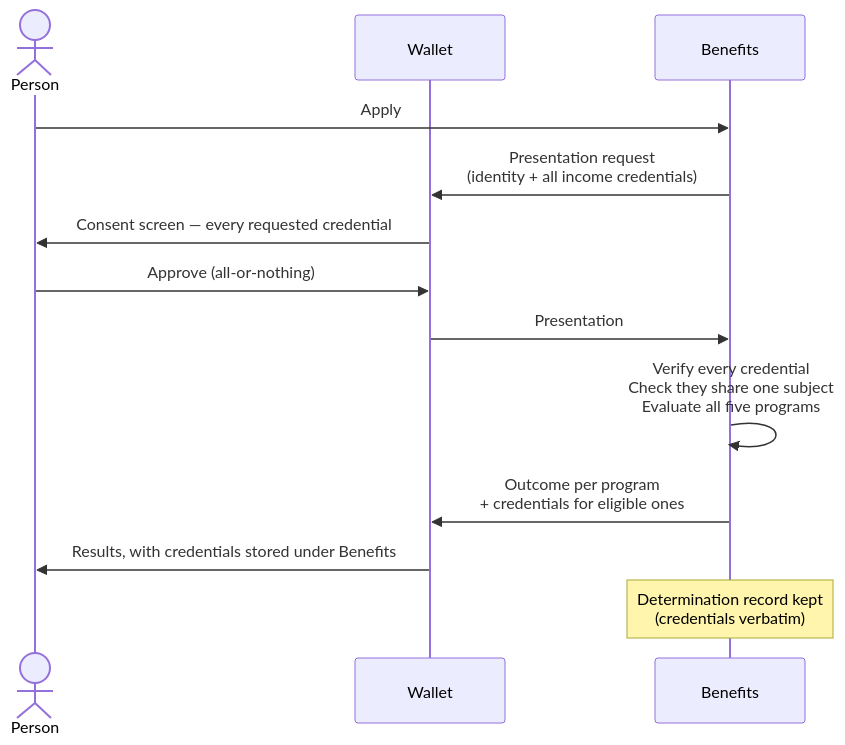
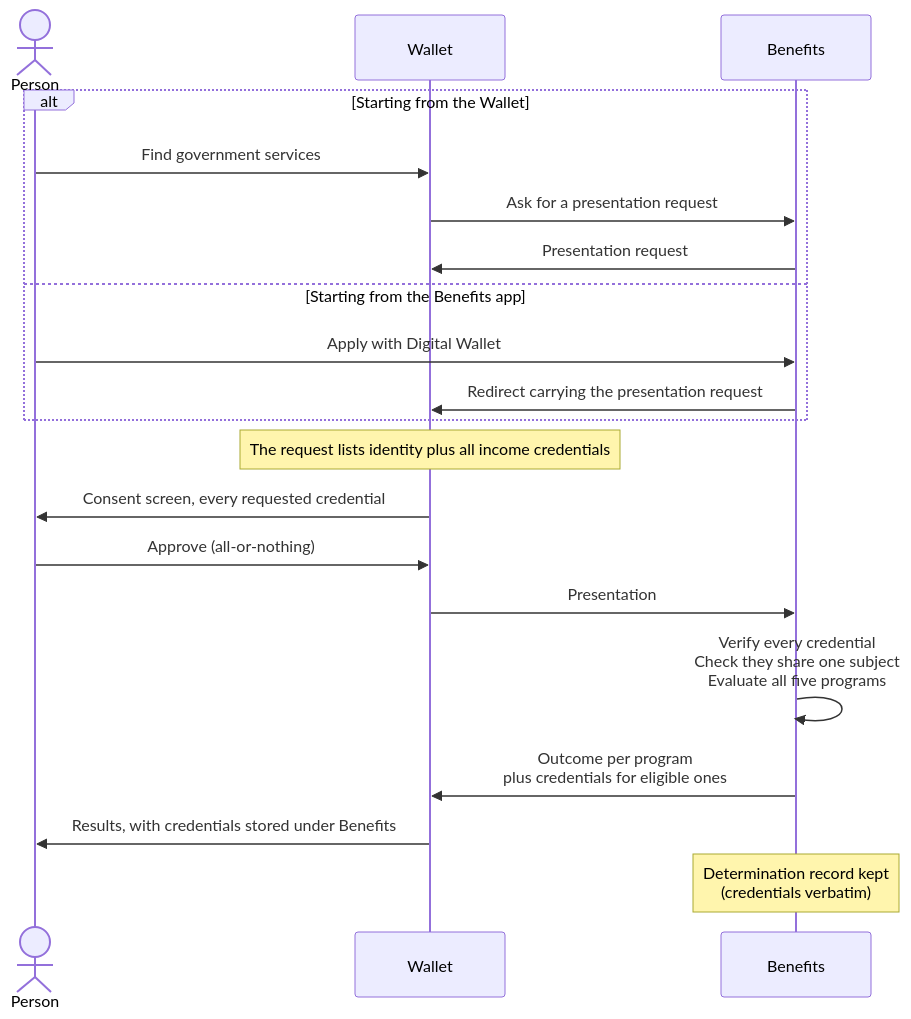
Before and after one commit to edmullen/credentials-demo: the diagram in docs/credential-model.md, drawn with Mermaid. The commit also changed other lines of this file, not shown here.

First line of the commit message:
Settle the target flow's open questions (#21)

````diff
--- a/docs/credential-model.md
+++ b/docs/credential-model.md
@@ -110,15 +139,22 @@
 ```mermaid
 sequenceDiagram
     actor P as Person
     participant W as Wallet
     participant B as Benefits
-    P->>B: Apply
-    B->>W: Presentation request<br/>(identity + all income credentials)
-    W->>P: Consent screen — every requested credential
+    alt Starting from the Wallet
+        P->>W: Find government services
+        W->>B: Ask for a presentation request
+        B->>W: Presentation request
+    else Starting from the Benefits app
+        P->>B: Apply with Digital Wallet
+        B->>W: Redirect carrying the presentation request
+    end
+    Note over W: The request lists identity plus all income credentials
+    W->>P: Consent screen, every requested credential
     P->>W: Approve (all-or-nothing)
     W->>B: Presentation
     B->>B: Verify every credential<br/>Check they share one subject<br/>Evaluate all five programs
-    B->>W: Outcome per program<br/>+ credentials for eligible ones
+    B->>W: Outcome per program<br/>plus credentials for eligible ones
     W->>P: Results, with credentials stored under Benefits
     Note over B: Determination record kept<br/>(credentials verbatim)
 ```
````
